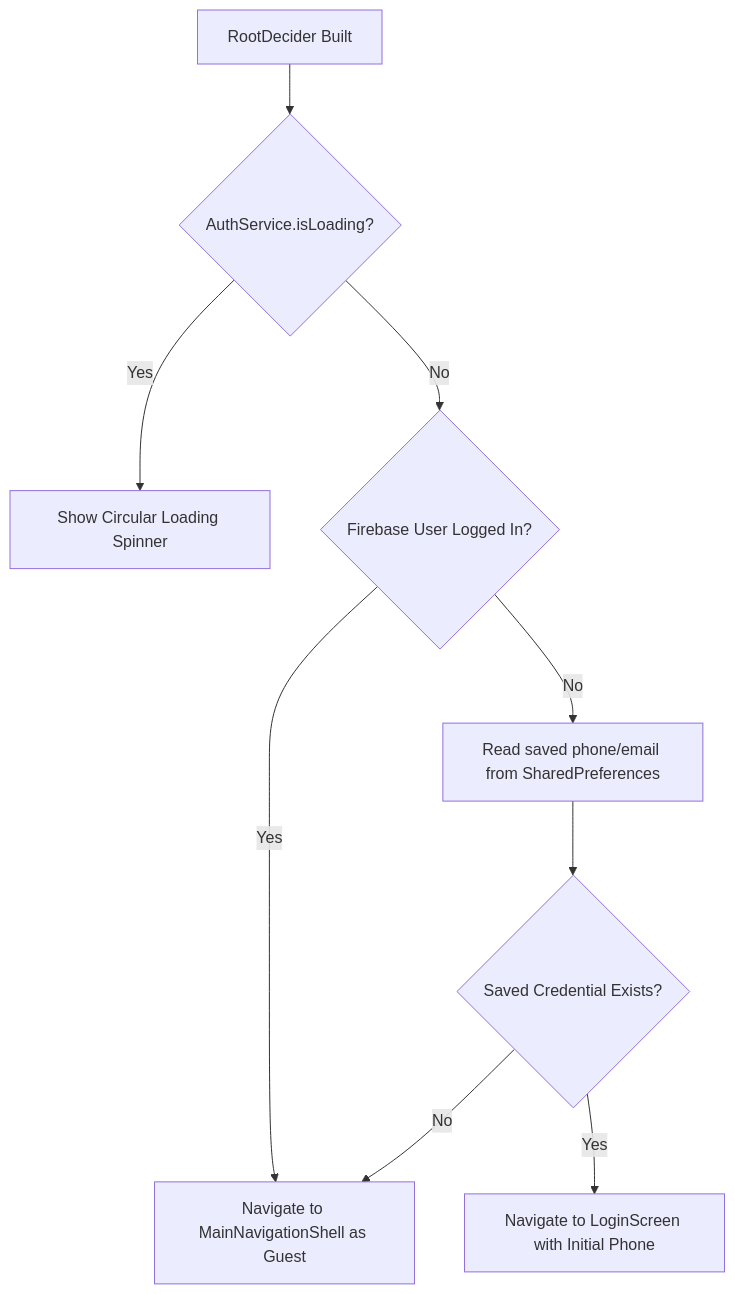
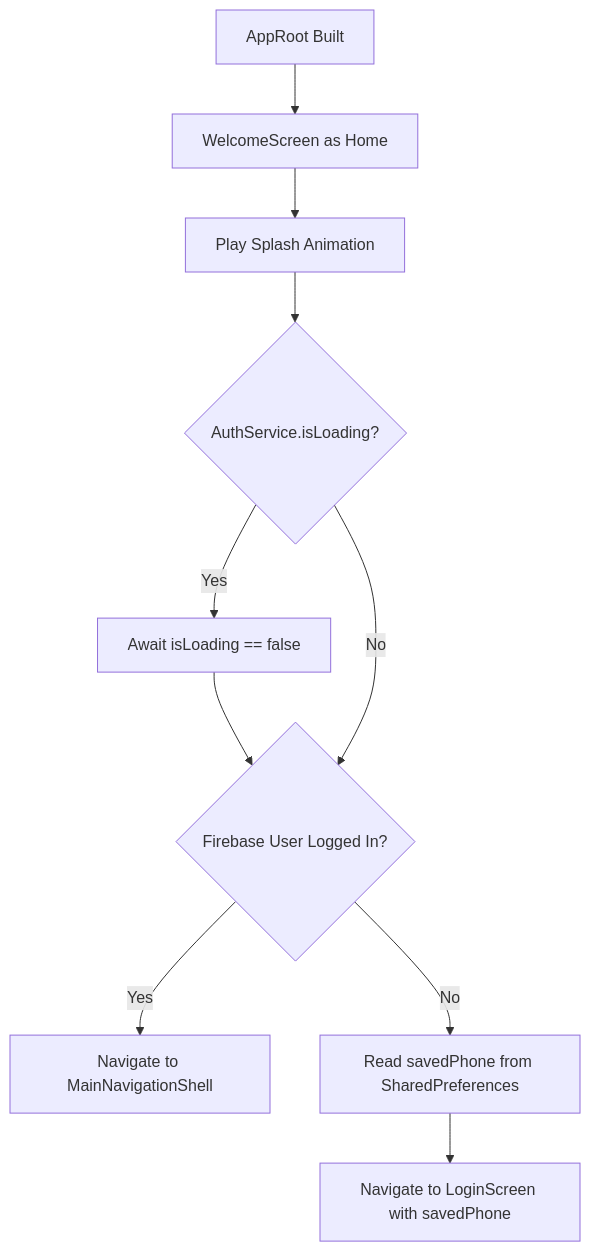
Before and after one commit to Kosenaalam/agrozemex: the second of 12 diagrams in docs/APP_FLOW.md, drawn with Mermaid. The commit also changed other lines of this file and 8 other files, not shown here.

````diff
--- a/docs/APP_FLOW.md
+++ b/docs/APP_FLOW.md
@@ -29,11 +29,12 @@
 ```mermaid
 flowchart TD
-    A[RootDecider Built] --> B{AuthService.isLoading?}
-    B -- Yes --> C[Show Circular Loading Spinner]
-    B -- No --> D{Firebase User Logged In?}
-    D -- Yes --> E[Navigate to MainNavigationShell]
-    D -- No --> F[Read saved phone/email from SharedPreferences]
-    F --> G{Saved Credential Exists?}
-    G -- Yes --> H[Navigate to LoginScreen with Initial Phone]
-    G -- No --> E[Navigate to MainNavigationShell as Guest]
+    A[AppRoot Built] --> B[WelcomeScreen as Home]
+    B --> C[Play Splash Animation]
+    C --> D{AuthService.isLoading?}
+    D -- Yes --> E[Await isLoading == false]
+    E --> F{Firebase User Logged In?}
+    D -- No --> F
+    F -- Yes --> G[Navigate to MainNavigationShell]
+    F -- No --> H[Read savedPhone from SharedPreferences]
+    H --> I[Navigate to LoginScreen with savedPhone]
 ```
````
